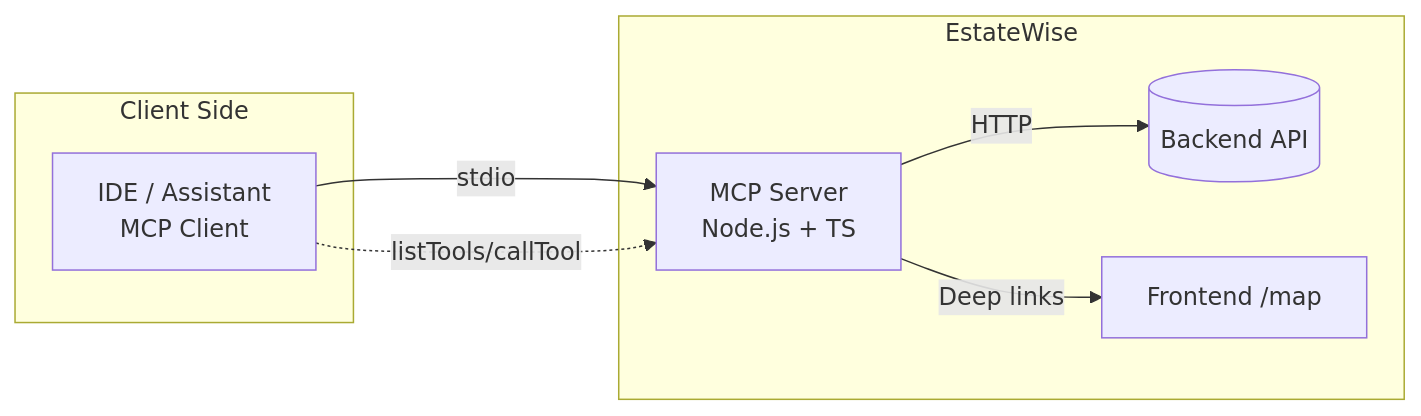
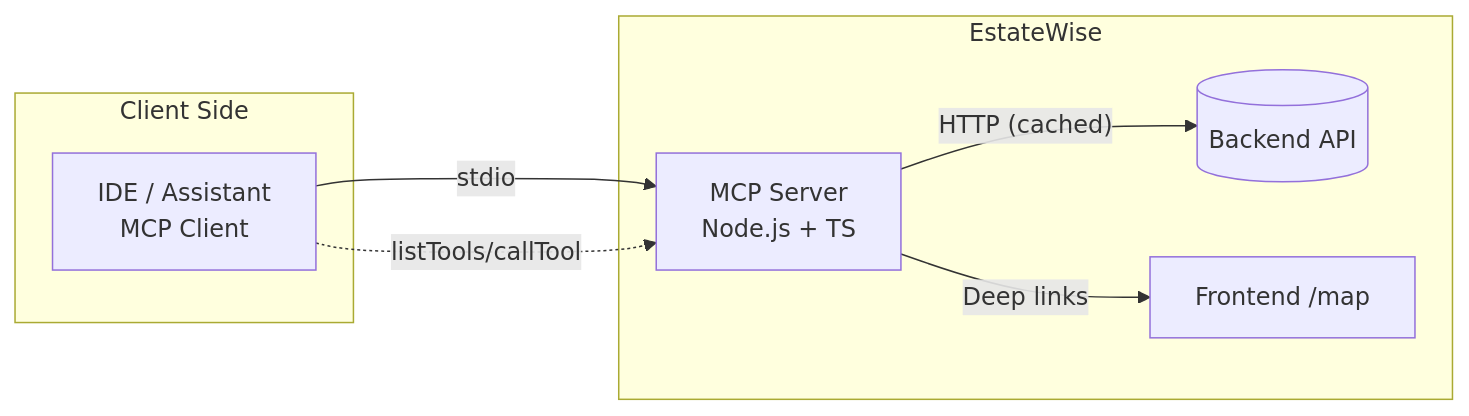
Before and after one commit to joonseolee/EstateWise-Chapel-Hill-Chatbot: the second of 7 diagrams in mcp/README.md, drawn with Mermaid. The commit also changed other lines of this file and 45 other files, not shown here.

````diff
--- a/mcp/README.md
+++ b/mcp/README.md
@@ -111,17 +156,17 @@
 ```mermaid
 flowchart LR
   subgraph Client Side
     C[IDE / Assistant\nMCP Client]
   end
   subgraph EstateWise
     S[MCP Server\nNode.js + TS]
     B[(Backend API)]
     F[Frontend /map]
   end
 
   C -- stdio --> S
-  S -- HTTP --> B
+  S -- HTTP (cached) --> B
   S -- Deep links --> F
 
   C -. listTools/callTool .-> S
 ```
````
